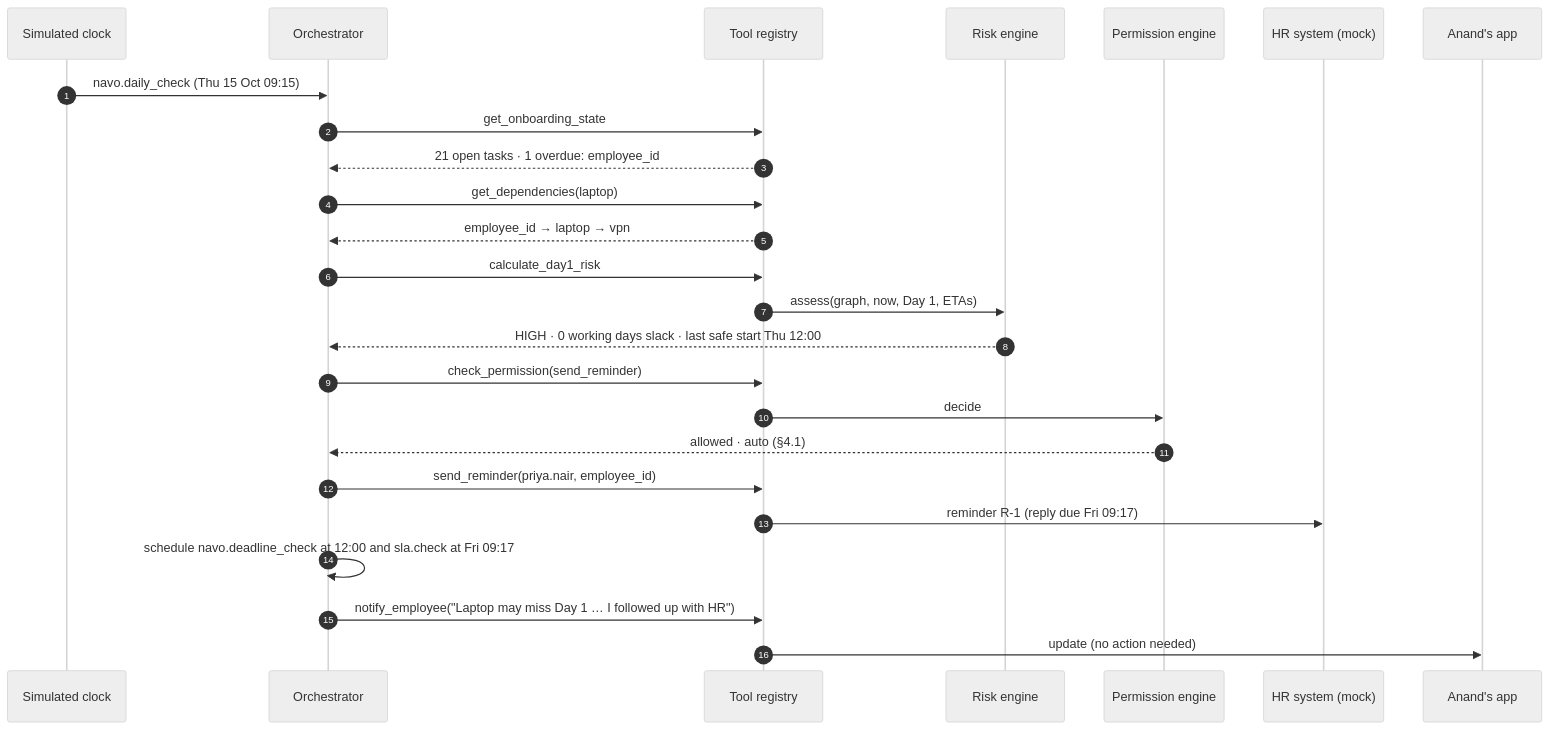
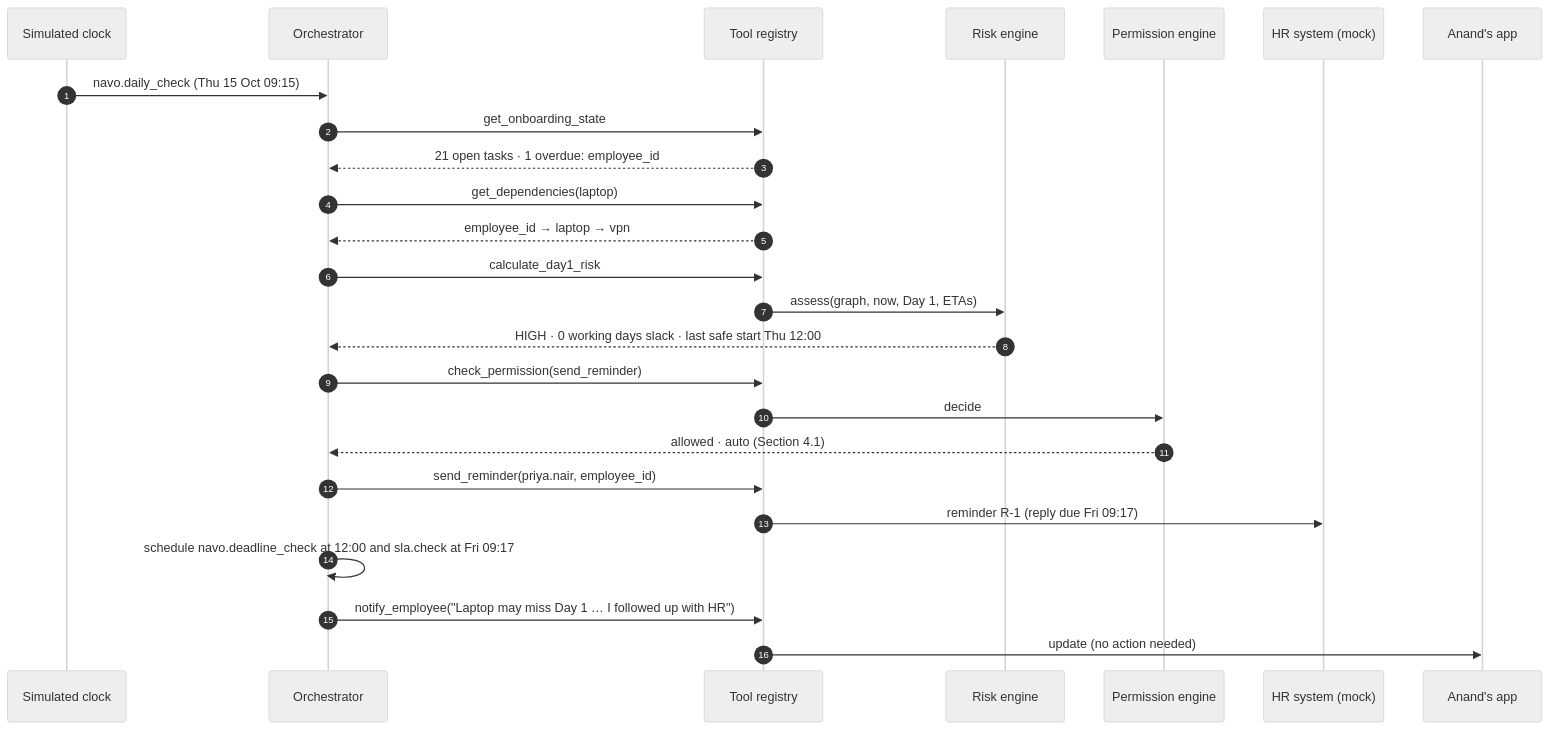
One commit to KumarAnandSingh/NAVO-Agent-that-handles-Onboarding changed the second of 8 diagrams in docs/TECHNICAL_DESIGN.md. Above: the diagram before and after it, drawn with Mermaid (neutral theme). The commit also changed other lines of this file and 38 other files, not shown here.

````diff
--- a/docs/TECHNICAL_DESIGN.md
+++ b/docs/TECHNICAL_DESIGN.md
@@ -193,28 +193,28 @@
 ```mermaid
 sequenceDiagram
   autonumber
   participant Clock as Simulated clock
   participant Navo as Orchestrator
   participant Tools as Tool registry
   participant Risk as Risk engine
   participant Perm as Permission engine
   participant HR as HR system (mock)
   participant Anand as Anand's app
 
   Clock->>Navo: navo.daily_check (Thu 15 Oct 09:15)
   Navo->>Tools: get_onboarding_state
   Tools-->>Navo: 21 open tasks · 1 overdue: employee_id
   Navo->>Tools: get_dependencies(laptop)
   Tools-->>Navo: employee_id → laptop → vpn
   Navo->>Tools: calculate_day1_risk
   Tools->>Risk: assess(graph, now, Day 1, ETAs)
   Risk-->>Navo: HIGH · 0 working days slack · last safe start Thu 12:00
   Navo->>Tools: check_permission(send_reminder)
   Tools->>Perm: decide
-  Perm-->>Navo: allowed · auto (§4.1)
+  Perm-->>Navo: allowed · auto (Section 4.1)
   Navo->>Tools: send_reminder(priya.nair, employee_id)
   Tools->>HR: reminder R-1 (reply due Fri 09:17)
   Navo->>Navo: schedule navo.deadline_check at 12:00 and sla.check at Fri 09:17
   Navo->>Tools: notify_employee("Laptop may miss Day 1 … I followed up with HR")
   Tools->>Anand: update (no action needed)
 ```
````
